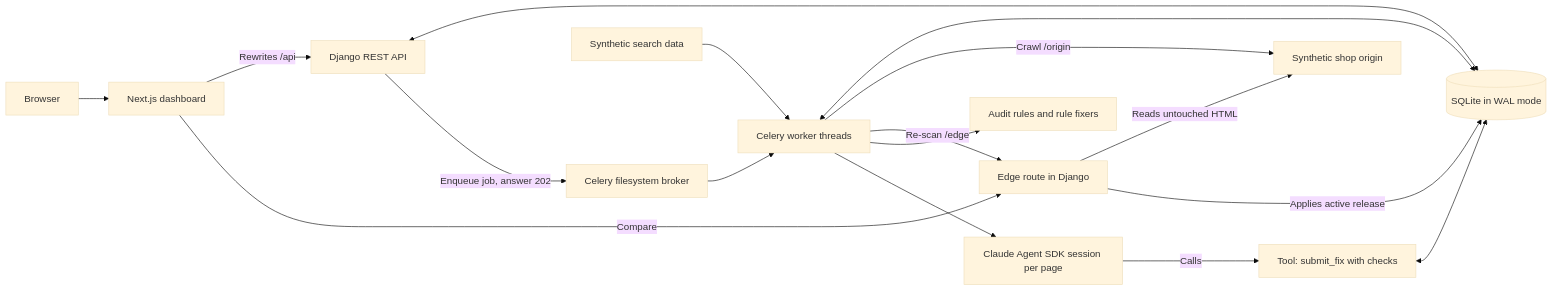
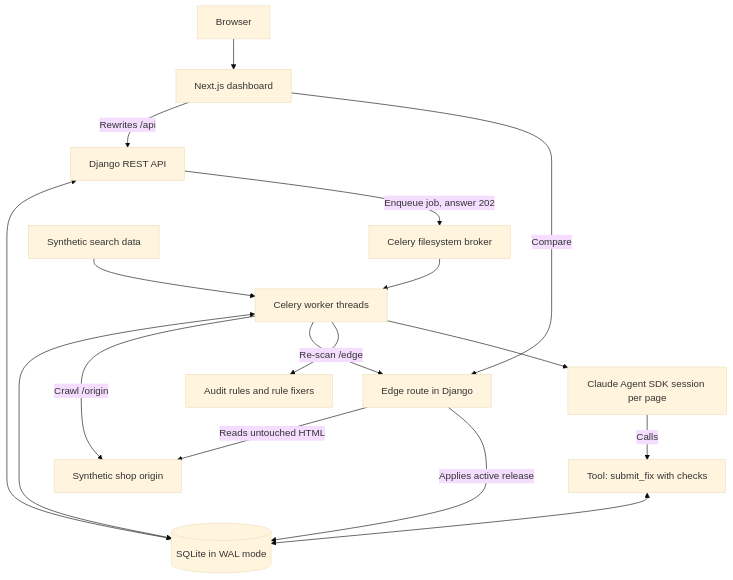
Before and after one commit to ArchiusVuong-sudo/sitemend: the diagram in README.md, drawn with Mermaid (base theme).

Commit message:
Draw the architecture diagram top to bottom so its labels stay readable on GitHub

````diff
--- a/README.md
+++ b/README.md
@@ -19,19 +19,19 @@
 ```mermaid
-flowchart LR
+flowchart TB
     Browser[Browser] --> UI[Next.js dashboard]
     UI -->|Rewrites /api| API[Django REST API]
     API <--> DB[(SQLite in WAL mode)]
     API -->|Enqueue job, answer 202| Broker[Celery filesystem broker]
     Broker --> Worker[Celery worker threads]
     Worker <--> DB
     Worker -->|Crawl /origin| Origin[Synthetic shop origin]
     Worker -->|Re-scan /edge| Edge[Edge route in Django]
     Search[Synthetic search data] --> Worker
     Worker --> Rules[Audit rules and rule fixers]
     Worker --> Agent[Claude Agent SDK session per page]
     Agent -->|Calls| Tool[Tool: submit_fix with checks]
     Tool <--> DB
     Edge -->|Reads untouched HTML| Origin
     Edge -->|Applies active release| DB
     UI -->|Compare| Edge
 ```
````
